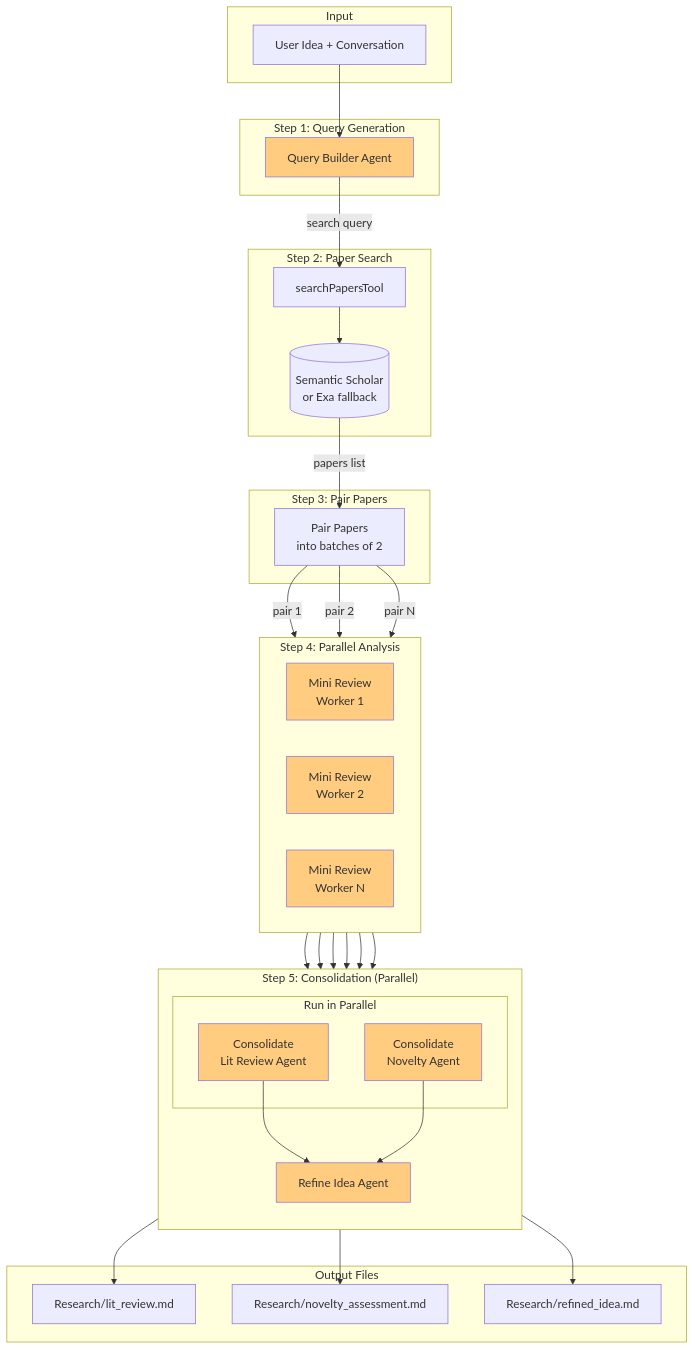
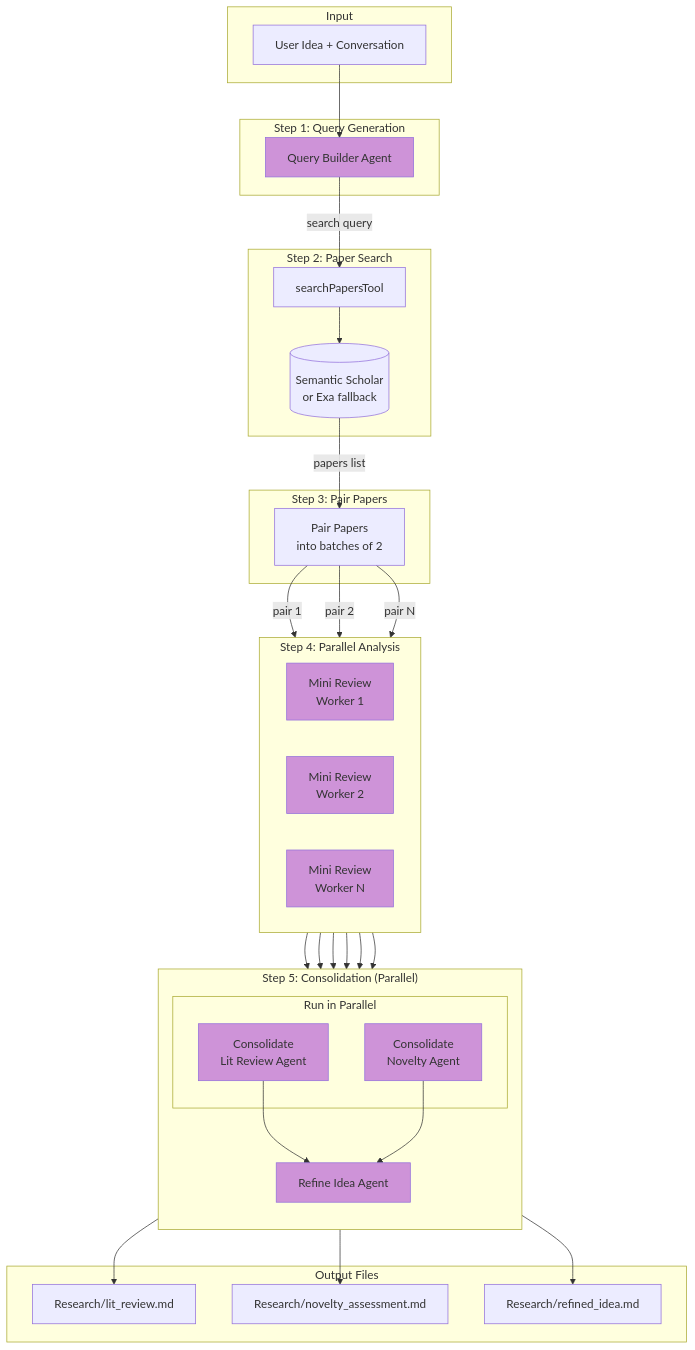
The second of 4 diagrams in docs/agent-architecture-flowchart.md (sunnnybala/Ignis), drawn with Mermaid before and after one commit. The commit also changed other lines of this file and 1 other file, not shown here.

Commit message:
changed the flowchart a bit

````diff
--- a/docs/agent-architecture-flowchart.md
+++ b/docs/agent-architecture-flowchart.md
@@ -58,70 +69,70 @@
 ```mermaid
 flowchart TB
     subgraph Input
         UI[User Idea + Conversation]
     end
 
     subgraph Step1["Step 1: Query Generation"]
         QBA[Query Builder Agent]
     end
 
     subgraph Step2["Step 2: Paper Search"]
         SPT[searchPapersTool]
         SS[(Semantic Scholar<br/>or Exa fallback)]
     end
 
     subgraph Step3["Step 3: Pair Papers"]
         PP[Pair Papers<br/>into batches of 2]
     end
 
     subgraph Step4["Step 4: Parallel Analysis"]
         direction LR
         MRW1[Mini Review<br/>Worker 1]
         MRW2[Mini Review<br/>Worker 2]
         MRW3[Mini Review<br/>Worker N]
     end
 
     subgraph Step5["Step 5: Consolidation (Parallel)"]
         direction TB
         subgraph Parallel["Run in Parallel"]
             CLR[Consolidate<br/>Lit Review Agent]
             CNA[Consolidate<br/>Novelty Agent]
         end
         RIA[Refine Idea Agent]
     end
 
     subgraph Outputs["Output Files"]
         LR[Research/lit_review.md]
         NA[Research/novelty_assessment.md]
         RI[Research/refined_idea.md]
     end
 
     UI --> QBA
     QBA -->|"search query"| SPT
     SPT --> SS
     SS -->|"papers list"| PP
     PP -->|"pair 1"| MRW1
     PP -->|"pair 2"| MRW2
     PP -->|"pair N"| MRW3
 
     MRW1 --> CLR
     MRW2 --> CLR
     MRW3 --> CLR
     MRW1 --> CNA
     MRW2 --> CNA
     MRW3 --> CNA
 
     CLR --> LR
     CNA --> NA
     CLR --> RIA
     CNA --> RIA
     RIA --> RI
 
-    style QBA fill:#ffcc80
-    style MRW1 fill:#ffcc80
-    style MRW2 fill:#ffcc80
-    style MRW3 fill:#ffcc80
-    style CLR fill:#ffcc80
-    style CNA fill:#ffcc80
-    style RIA fill:#ffcc80
+    style QBA fill:#ce93d8
+    style MRW1 fill:#ce93d8
+    style MRW2 fill:#ce93d8
+    style MRW3 fill:#ce93d8
+    style CLR fill:#ce93d8
+    style CNA fill:#ce93d8
+    style RIA fill:#ce93d8
 ```
````
